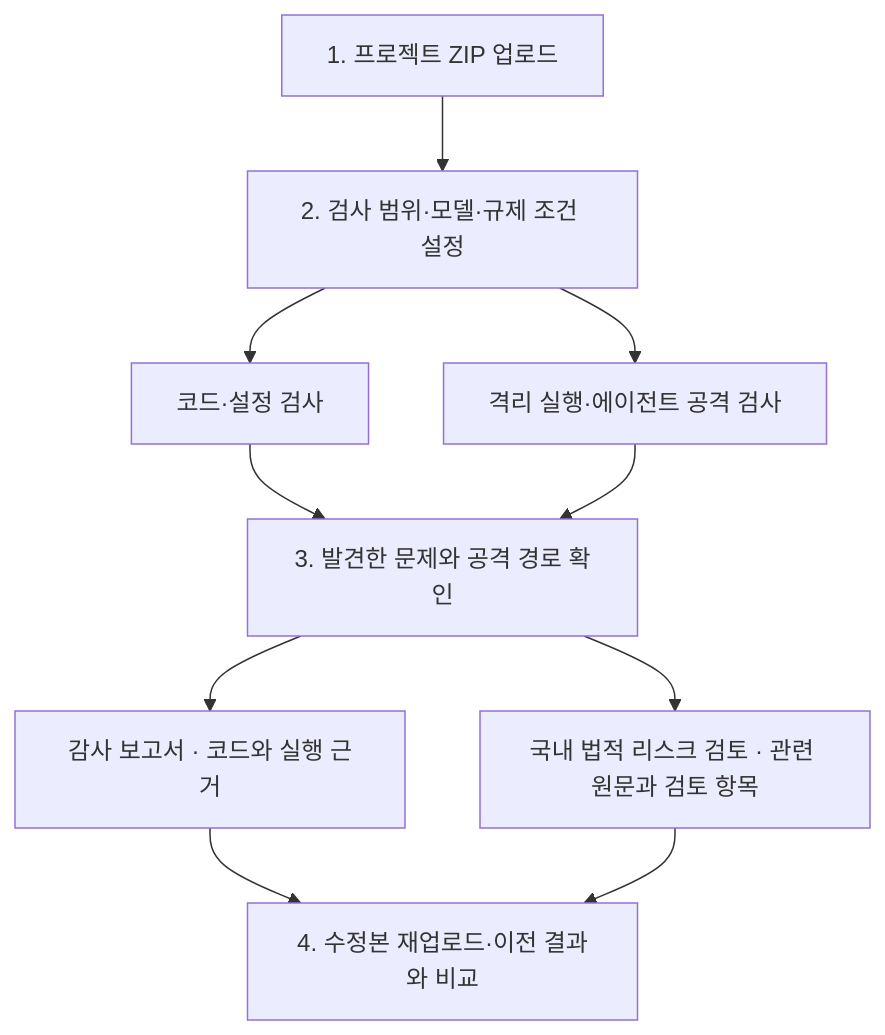
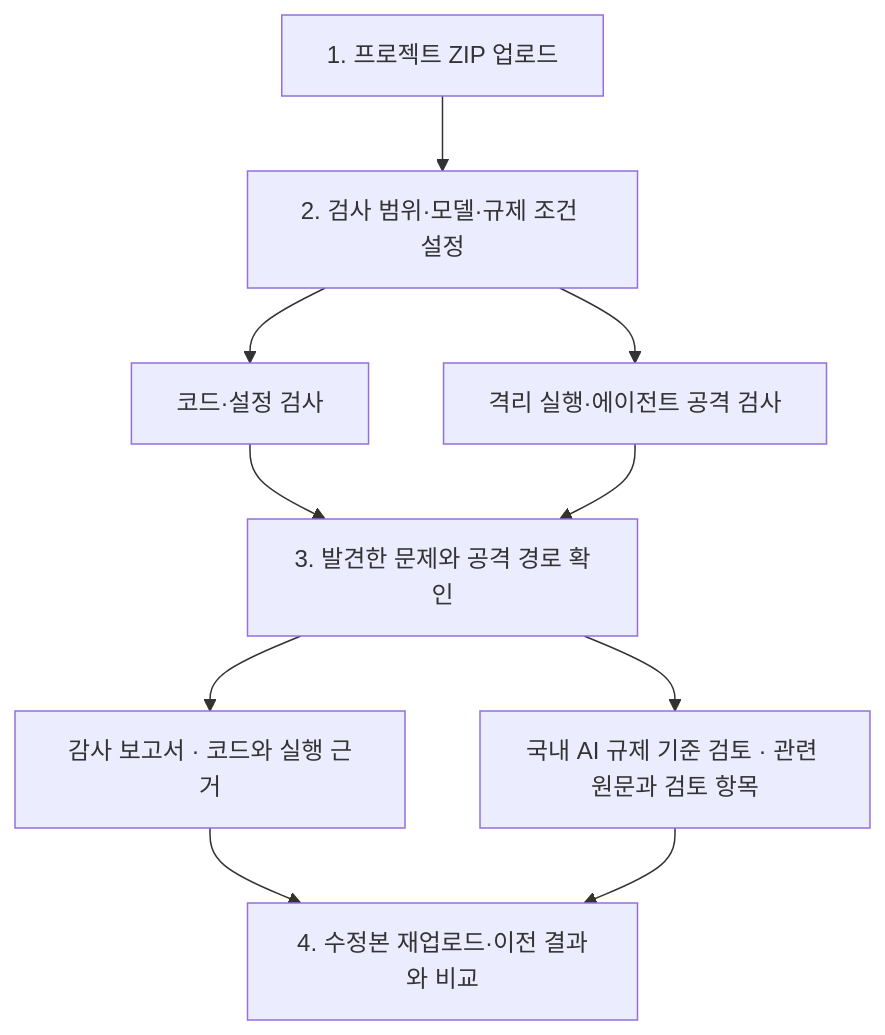
The first of 2 diagrams in README.md (skala-pochita/SentraAI), drawn with Mermaid before and after one commit. The commit also changed other lines of this file and 2 other files, not shown here.

Commit message:
Refine AI regulation review docs and add architecture diagram

````diff
--- a/README.md
+++ b/README.md
@@ -17,12 +17,12 @@
 ```mermaid
 flowchart TB
   Upload["1. 프로젝트 ZIP 업로드"] --> Setup["2. 검사 범위·모델·규제 조건 설정"]
   Setup --> Code["코드·설정 검사"]
   Setup --> Agent["격리 실행·에이전트 공격 검사"]
   Code --> Evidence["3. 발견한 문제와 공격 경로 확인"]
   Agent --> Evidence
   Evidence --> Security["감사 보고서 · 코드와 실행 근거"]
-  Evidence --> Legal["국내 법적 리스크 검토 · 관련 원문과 검토 항목"]
+  Evidence --> Legal["국내 AI 규제 기준 검토 · 관련 원문과 검토 항목"]
   Security --> Compare["4. 수정본 재업로드·이전 결과와 비교"]
   Legal --> Compare
 ```
````
